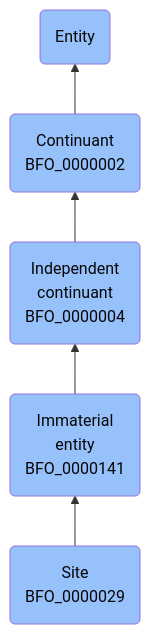
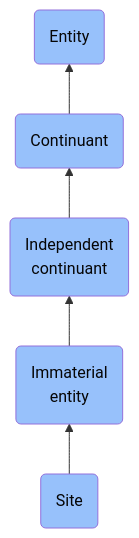
One commit to jupyter-naas/abi changed the diagram in docs/ontology/reference/model/Entity/Continuant/Independent continuant/Immaterial entity/Site/Site.md. Above: the diagram before and after it, drawn with Mermaid. The commit also changed other lines of this file and 1430 other files, not shown here.

````diff
--- a/docs/ontology/reference/model/Entity/Continuant/Independent continuant/Immaterial entity/Site/Site.md
+++ b/docs/ontology/reference/model/Entity/Continuant/Independent continuant/Immaterial entity/Site/Site.md
@@ -24,12 +24,12 @@
 ```mermaid
 graph BT
-    BFO_0000029(Site<br>BFO_0000029):::BFO-->BFO_0000141
-    BFO_0000141(Immaterial<br>entity<br>BFO_0000141):::BFO-->BFO_0000004
-    BFO_0000004(Independent<br>continuant<br>BFO_0000004):::BFO-->BFO_0000002
-    BFO_0000002(Continuant<br>BFO_0000002):::BFO-->BFO_0000001
+    BFO_0000029(Site):::BFO-->BFO_0000141
+    BFO_0000141(Immaterial<br>entity):::BFO-->BFO_0000004
+    BFO_0000004(Independent<br>continuant):::BFO-->BFO_0000002
+    BFO_0000002(Continuant):::BFO-->BFO_0000001
     BFO_0000001(Entity):::BFO
     
     classDef BFO fill:#97c1fb,color:#060606
     classDef CCO fill:#e4c51e,color:#060606
     classDef ABI fill:#48DD82,color:#060606
 ```
````
